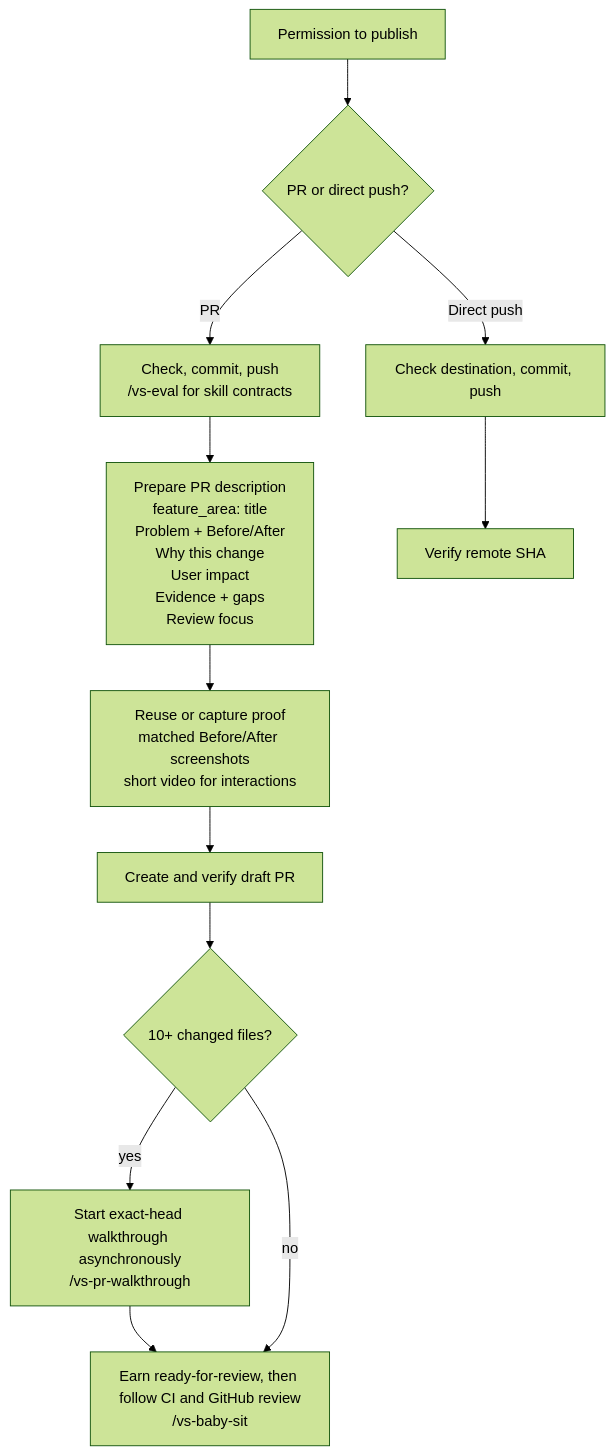
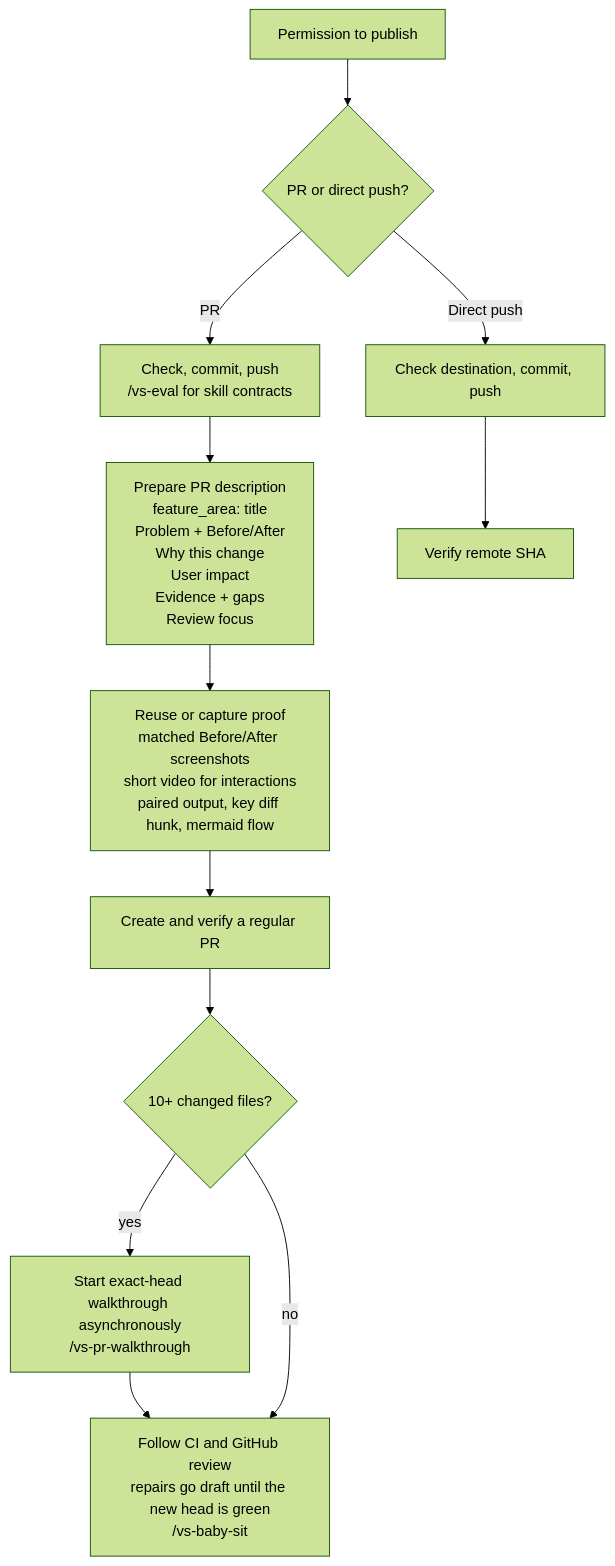
Before and after one commit to vltansky/vs: the fourth of 4 diagrams in README.md, drawn with Mermaid (forest theme). The commit also changed 10 other files, not shown here.

````diff
--- a/README.md
+++ b/README.md
@@ -102,11 +102,11 @@
 ```mermaid
 flowchart TD
     I[Permission to publish] --> D{PR or direct push?}
     D -- PR --> C["Check, commit, push<br/>/vs-eval for skill contracts"]
     C --> B["Prepare PR description<br/>feature_area: title<br/>Problem + Before/After<br/>Why this change<br/>User impact<br/>Evidence + gaps<br/>Review focus"]
-    B --> M["Reuse or capture proof<br/>matched Before/After screenshots<br/>short video for interactions"]
-    M --> O[Create and verify draft PR] --> L{10+ changed files?}
-    L -- yes --> T["Start exact-head walkthrough asynchronously<br/>/vs-pr-walkthrough"] --> W["Earn ready-for-review, then follow CI and GitHub review<br/>/vs-baby-sit"]
+    B --> M["Reuse or capture proof<br/>matched Before/After screenshots<br/>short video for interactions<br/>paired output, key diff hunk, mermaid flow"]
+    M --> O[Create and verify a regular PR] --> L{10+ changed files?}
+    L -- yes --> T["Start exact-head walkthrough asynchronously<br/>/vs-pr-walkthrough"] --> W["Follow CI and GitHub review<br/>repairs go draft until the new head is green<br/>/vs-baby-sit"]
     L -- no --> W
     D -- Direct push --> F[Check destination, commit, push] --> S[Verify remote SHA]
 ```
````
